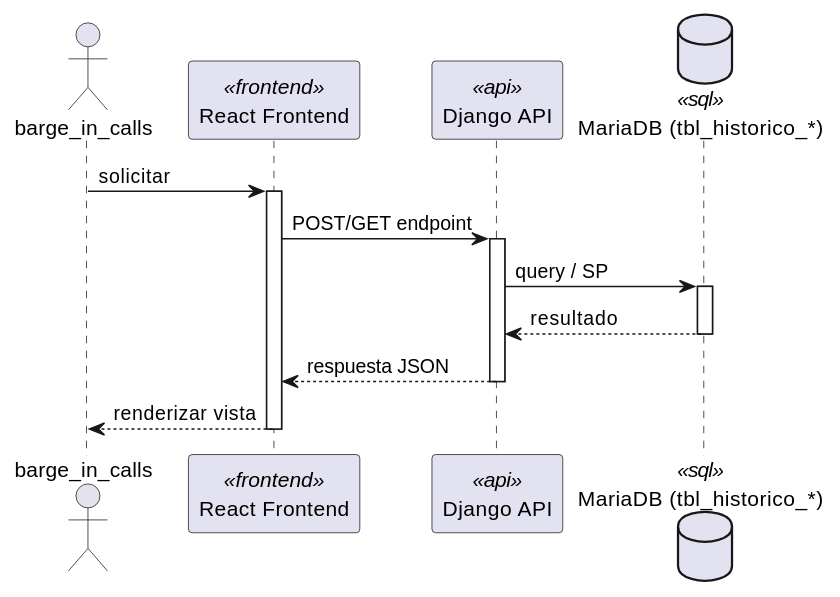
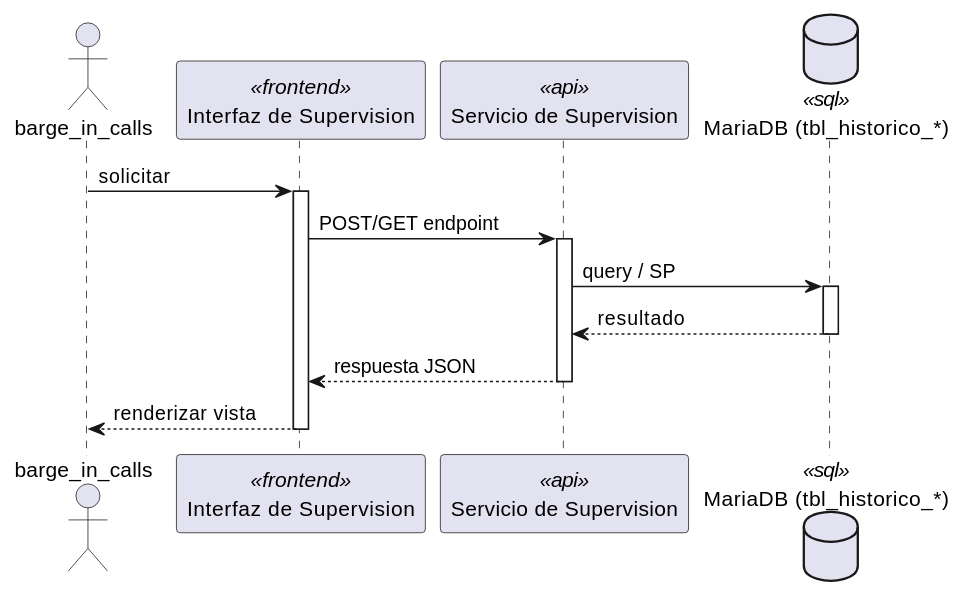
Before and after one commit to jcg-admin/IACT-docs: the first of 2 diagrams in source/arquitectura-tecnica/DesignView/sup-02.rst, drawn with PlantUML. The commit also changed other lines of this file and 243 other files, not shown here.

First line of the commit message:
Add missing diagrams and fix participant names across Kruchten views

```diff
--- a/source/arquitectura-tecnica/DesignView/sup-02.rst
+++ b/source/arquitectura-tecnica/DesignView/sup-02.rst
@@ -22,28 +22,28 @@
 .. uml::
  :caption: UC_SUP_02 — Design View (secuencia)
 
  @startuml
 
  actor "barge_in_calls" as barge_in_calls
- participant "React Frontend" as Frontend <<frontend>>
- participant "Django API" as APIServer <<api>>
- database "MariaDB (tbl_historico_*)" as BaseDatos <<sql>>
+ participant "Interfaz de Supervision" as Iface <<frontend>>
+ participant "Servicio de Supervision" as SvcNode <<api>>
+ database "MariaDB (tbl_historico_*)" as Store <<sql>>
 
- barge_in_calls -> Frontend : solicitar
- activate Frontend
+ barge_in_calls -> Iface : solicitar
+ activate Iface
 
- Frontend -> APIServer : POST/GET endpoint
- activate APIServer
+ Iface -> SvcNode : POST/GET endpoint
+ activate SvcNode
 
- APIServer -> BaseDatos : query / SP
- activate BaseDatos
- BaseDatos --> APIServer : resultado
- deactivate BaseDatos
+ SvcNode -> Store : query / SP
+ activate Store
+ Store --> SvcNode : resultado
+ deactivate Store
 
- APIServer --> Frontend : respuesta JSON
- deactivate APIServer
+ SvcNode --> Iface : respuesta JSON
+ deactivate SvcNode
 
- Frontend --> barge_in_calls : renderizar vista
- deactivate Frontend
+ Iface --> barge_in_calls : renderizar vista
+ deactivate Iface
 
  @enduml
```
